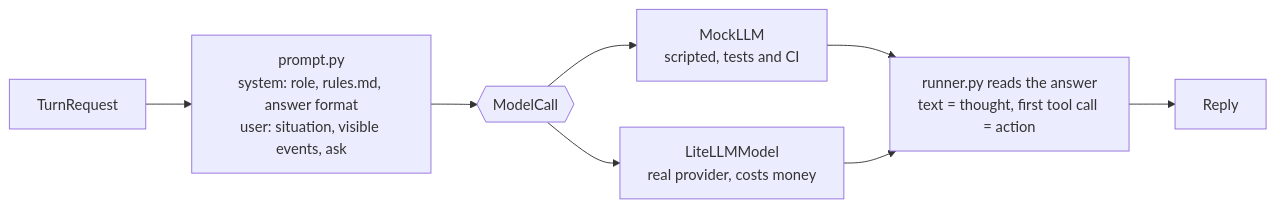
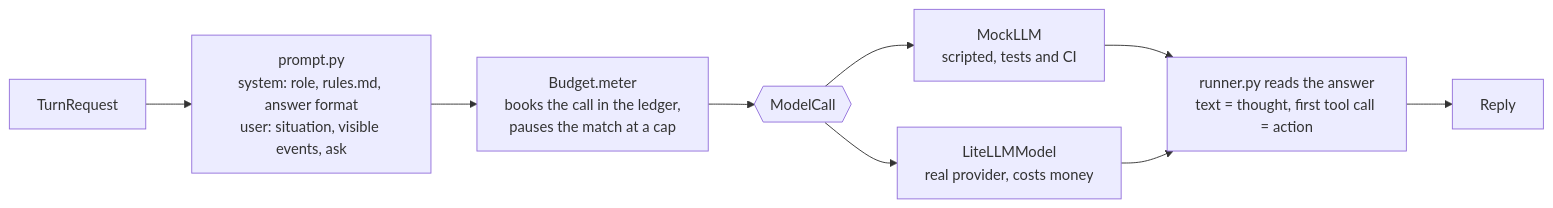
One commit to NwebNotFound/aigameversus changed the third of 3 diagrams in docs/ARCHITECTURE.md. Above: the diagram before and after it, drawn with Mermaid. The commit also changed other lines of this file and 8 other files, not shown here.

````diff
--- a/docs/ARCHITECTURE.md
+++ b/docs/ARCHITECTURE.md
@@ -86,10 +89,11 @@
 ```mermaid
 flowchart LR
     REQ["TurnRequest"] --> PB["prompt.py<br/>system: role, rules.md, answer format<br/>user: situation, visible events, ask"]
-    PB --> CALL{{"ModelCall"}}
+    PB --> METER["Budget.meter<br/>books the call in the ledger,<br/>pauses the match at a cap"]
+    METER --> CALL{{"ModelCall"}}
     CALL --> MOCK["MockLLM<br/>scripted, tests and CI"]
     CALL --> LITE["LiteLLMModel<br/>real provider, costs money"]
     MOCK --> READ["runner.py reads the answer<br/>text = thought, first tool call = action"]
     LITE --> READ
     READ --> REP["Reply"]
 ```
````
